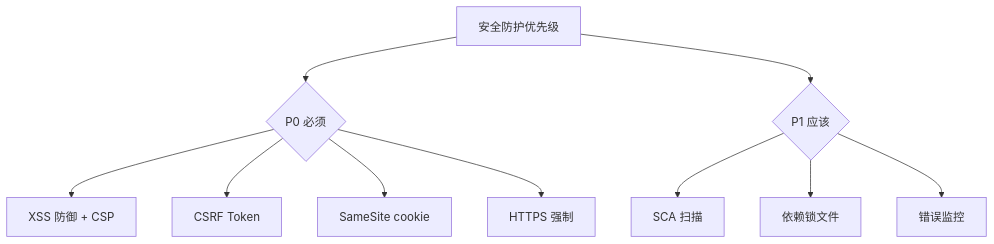
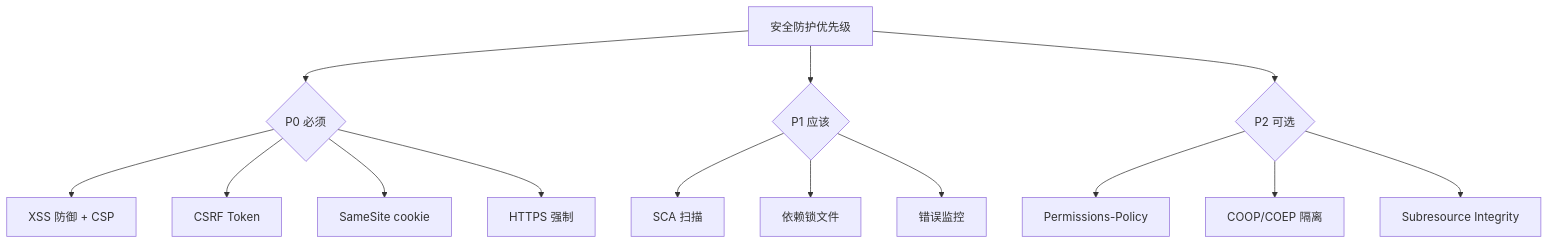
The diagram in note/05.frontend/07-security/README.md (wb04307201/wb04307201), drawn with Mermaid before and after one commit. The commit also changed other lines of this file and 58 other files, not shown here.

````diff
--- a/note/05.frontend/07-security/README.md
+++ b/note/05.frontend/07-security/README.md
@@ -36,12 +37,16 @@
 ```mermaid
 flowchart TD
     A[安全防护优先级] --> B{P0 必须}
     B --> C[XSS 防御 + CSP]
     B --> D[CSRF Token]
     B --> E[SameSite cookie]
     B --> F[HTTPS 强制]
     A --> G{P1 应该}
     G --> H[SCA 扫描]
     G --> I[依赖锁文件]
     G --> J[错误监控]
+    A --> K{P2 可选}
+    K --> L[Permissions-Policy]
+    K --> M[COOP/COEP 隔离]
+    K --> N[Subresource Integrity]
 ```
````
